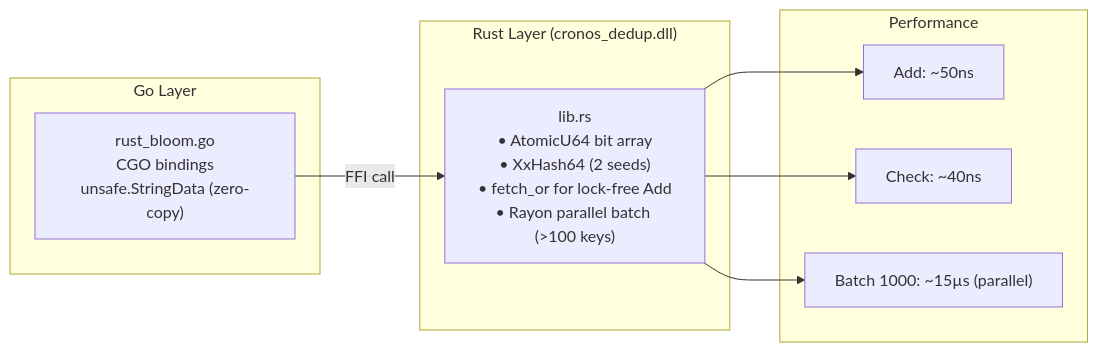
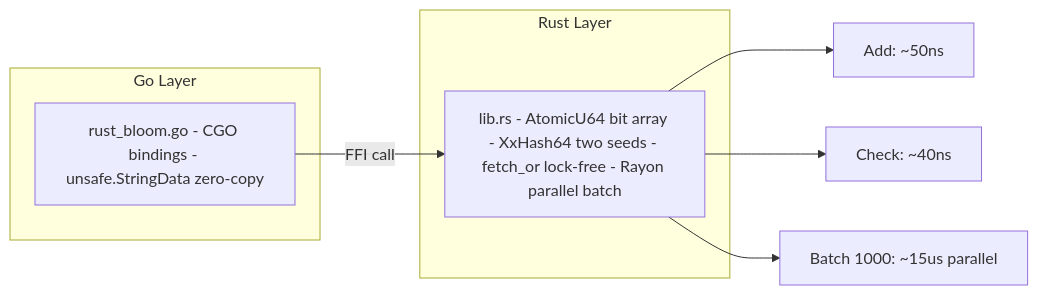
One commit to jatin711-debug/cronos_db_golang changed diagram 16 of 36 in ARCHITECTURE.md. Above: the diagram before and after it, drawn with Mermaid. The commit also changed other lines of this file, not shown here.

First line of the commit message:
docs(architecture): simplify documentation structure and improve clarity

````diff
--- a/ARCHITECTURE.md
+++ b/ARCHITECTURE.md
@@ -528,19 +509,15 @@
 ```mermaid
 graph LR
-    subgraph "Go Layer"
-        GO["rust_bloom.go<br/>CGO bindings<br/>unsafe.StringData (zero-copy)"]
+    subgraph Go Layer
+        GO[rust_bloom.go - CGO bindings - unsafe.StringData zero-copy]
     end
 
-    subgraph "Rust Layer (cronos_dedup.dll)"
-        RS["lib.rs<br/>• AtomicU64 bit array<br/>• XxHash64 (2 seeds)<br/>• fetch_or for lock-free Add<br/>• Rayon parallel batch (>100 keys)"]
+    subgraph Rust Layer
+        RS[lib.rs - AtomicU64 bit array - XxHash64 two seeds - fetch_or lock-free - Rayon parallel batch]
     end
 
-    subgraph "Performance"
-        P1["Add: ~50ns"]
-        P2["Check: ~40ns"]
-        P3["Batch 1000: ~15µs (parallel)"]
-    end
-
-    GO -->|"FFI call"| RS
-    RS --> P1 & P2 & P3
+    GO -->|FFI call| RS
+    RS --> P1[Add: ~50ns]
+    RS --> P2[Check: ~40ns]
+    RS --> P3[Batch 1000: ~15us parallel]
 ```
````
